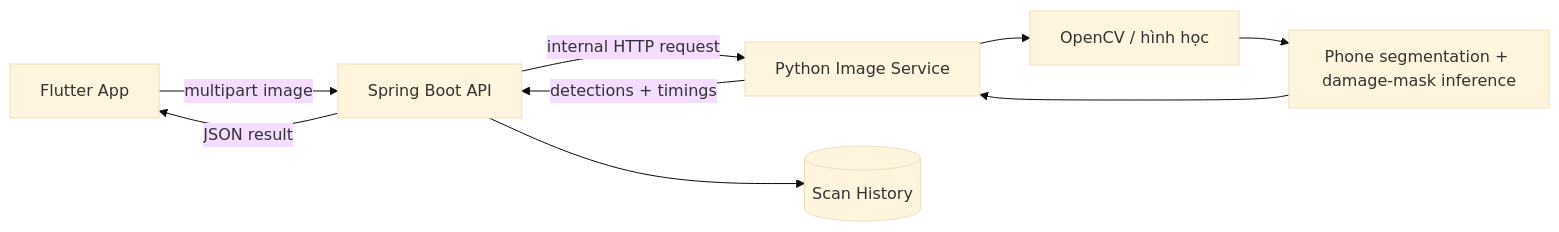
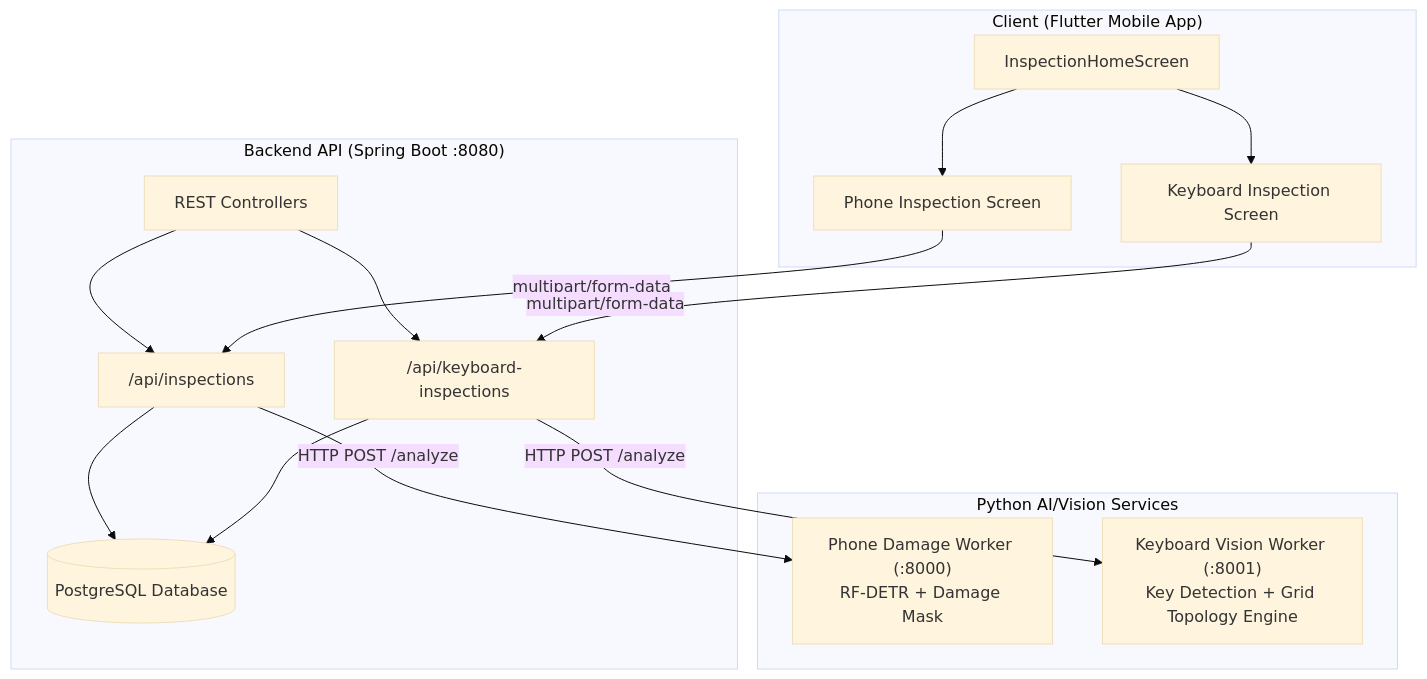
One commit to NguyenTranNgocDuyen/QLDAPM_Industrial_Defect_Image_Retrieval changed the diagram in README.md. Above: the diagram before and after it, drawn with Mermaid (base theme). The commit also changed other lines of this file and 15 other files, not shown here.

Commit message:
init for keyboard detection model

````diff
--- a/README.md
+++ b/README.md
@@ -7,11 +9,32 @@
 ```mermaid
-flowchart LR
-    A[Flutter App] -->|multipart image| B[Spring Boot API]
-    B -->|internal HTTP request| C[Python Image Service]
-    C --> D[OpenCV / hình học]
-    D --> E[Phone segmentation + damage-mask inference]
-    E --> C
-    C -->|detections + timings| B
-    B --> F[(Scan History)]
-    B -->|JSON result| A
+flowchart TD
+    subgraph Client ["Client (Flutter Mobile App)"]
+        UI[InspectionHomeScreen]
+        PhoneUI[Phone Inspection Screen]
+        KeyUI[Keyboard Inspection Screen]
+        UI --> PhoneUI
+        UI --> KeyUI
+    end
+
+    subgraph Backend ["Backend API (Spring Boot :8080)"]
+        Gateway[REST Controllers]
+        PhoneCtrl["/api/inspections"]
+        KeyCtrl["/api/keyboard-inspections"]
+        DB[(PostgreSQL Database)]
+        
+        Gateway --> PhoneCtrl
+        Gateway --> KeyCtrl
+        PhoneCtrl --> DB
+        KeyCtrl --> DB
+    end
+
+    subgraph Workers ["Python AI/Vision Services"]
+        PhoneWorker["Phone Damage Worker (:8000)\nRF-DETR + Damage Mask"]
+        KeyWorker["Keyboard Vision Worker (:8001)\nKey Detection + Grid Topology Engine"]
+    end
+
+    PhoneUI -->|multipart/form-data| PhoneCtrl
+    KeyUI -->|multipart/form-data| KeyCtrl
+    PhoneCtrl -->|HTTP POST /analyze| PhoneWorker
+    KeyCtrl -->|HTTP POST /analyze| KeyWorker
 ```
````
